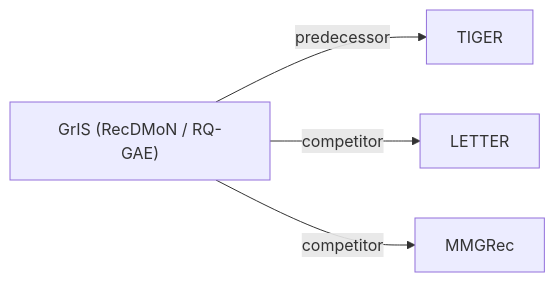
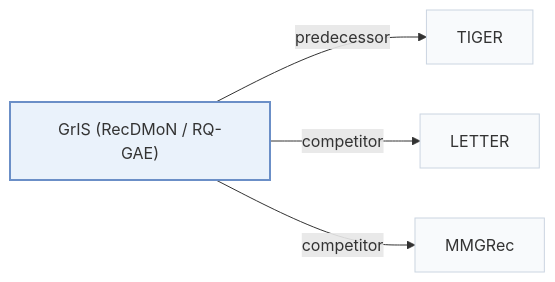
The second of 2 diagrams in pages/papers/gris-recdmon-rq-gae.md (Galaxy-ghost/Awesome-SID-Generative-Rec), drawn with Mermaid before and after one commit. The commit also changed other lines of this file and 649 other files, not shown here.

Commit message:
writer-05: also tags and modality index (schema, check, build, visuals); summary field removed; calibration data for 12 papers

````diff
--- a/pages/papers/gris-recdmon-rq-gae.md
+++ b/pages/papers/gris-recdmon-rq-gae.md
@@ -68,7 +72,11 @@
 ```mermaid
 flowchart LR
     P["GrIS (RecDMoN / RQ-GAE)"]
-    P -->|predecessor| A["TIGER"]
-    P -->|competitor| B["LETTER"]
-    P -->|competitor| C["MMGRec"]
+    P -->|"predecessor"| A["TIGER"]
+    P -->|"competitor"| B["LETTER"]
+    P -->|"competitor"| C["MMGRec"]
+    classDef main fill:#eaf2fb,stroke:#6b8fc7,stroke-width:2px
+    classDef peer fill:#f8fafc,stroke:#cbd5e1
+    class P main
+    class A,B,C peer
 ```
````
